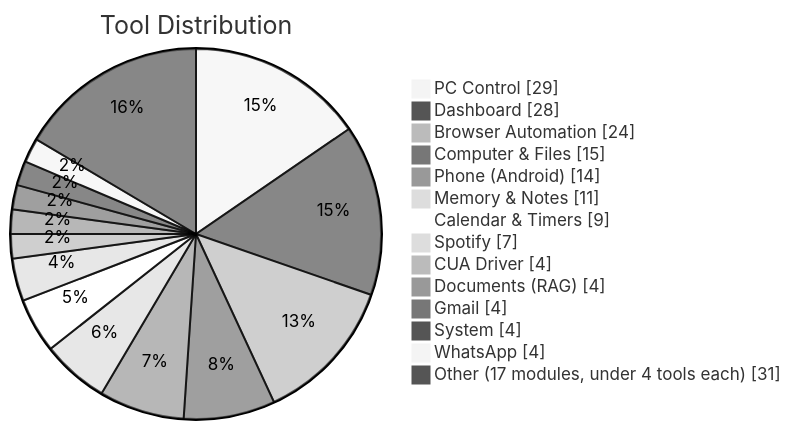
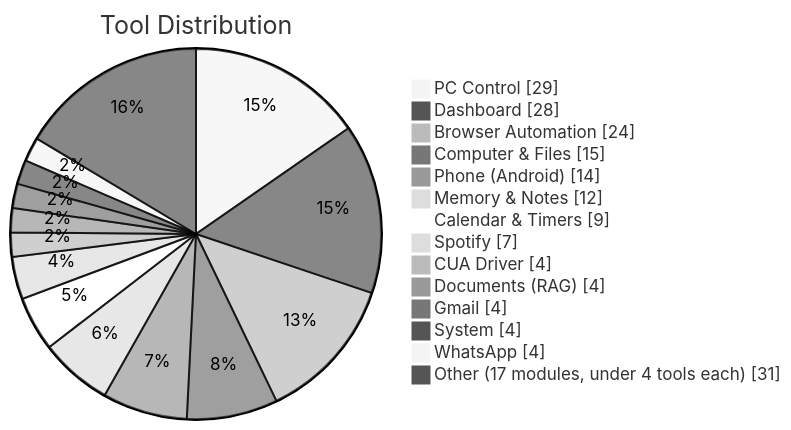
The ninth of 11 diagrams in README.md (HailLucifer666/Agent_OS), drawn with Mermaid (neutral theme) before and after one commit. The commit also changed other lines of this file and 16 other files, not shown here.

````diff
--- a/README.md
+++ b/README.md
@@ -423,17 +423,17 @@
 ```mermaid
 pie showData title Tool Distribution
     "PC Control" : 29
     "Dashboard" : 28
     "Browser Automation" : 24
     "Computer & Files" : 15
     "Phone (Android)" : 14
-    "Memory & Notes" : 11
+    "Memory & Notes" : 12
     "Calendar & Timers" : 9
     "Spotify" : 7
     "CUA Driver" : 4
     "Documents (RAG)" : 4
     "Gmail" : 4
     "System" : 4
     "WhatsApp" : 4
     "Other (17 modules, under 4 tools each)" : 31
 ```
````
